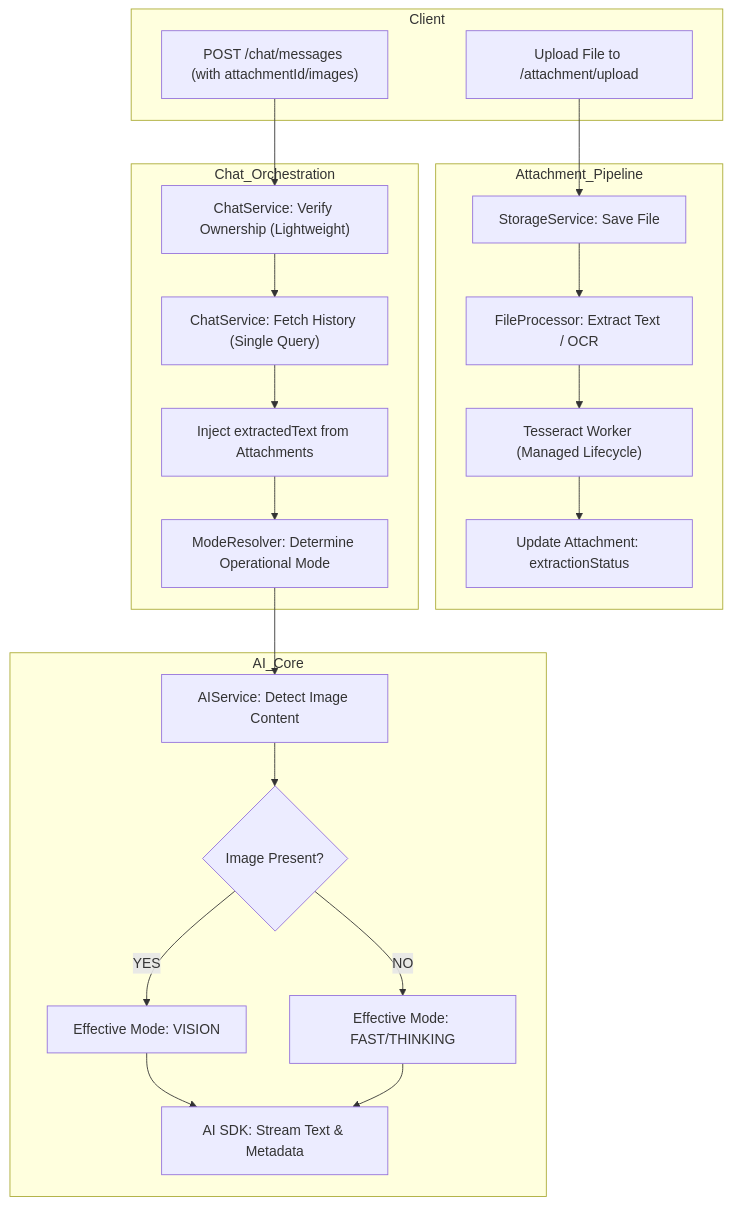
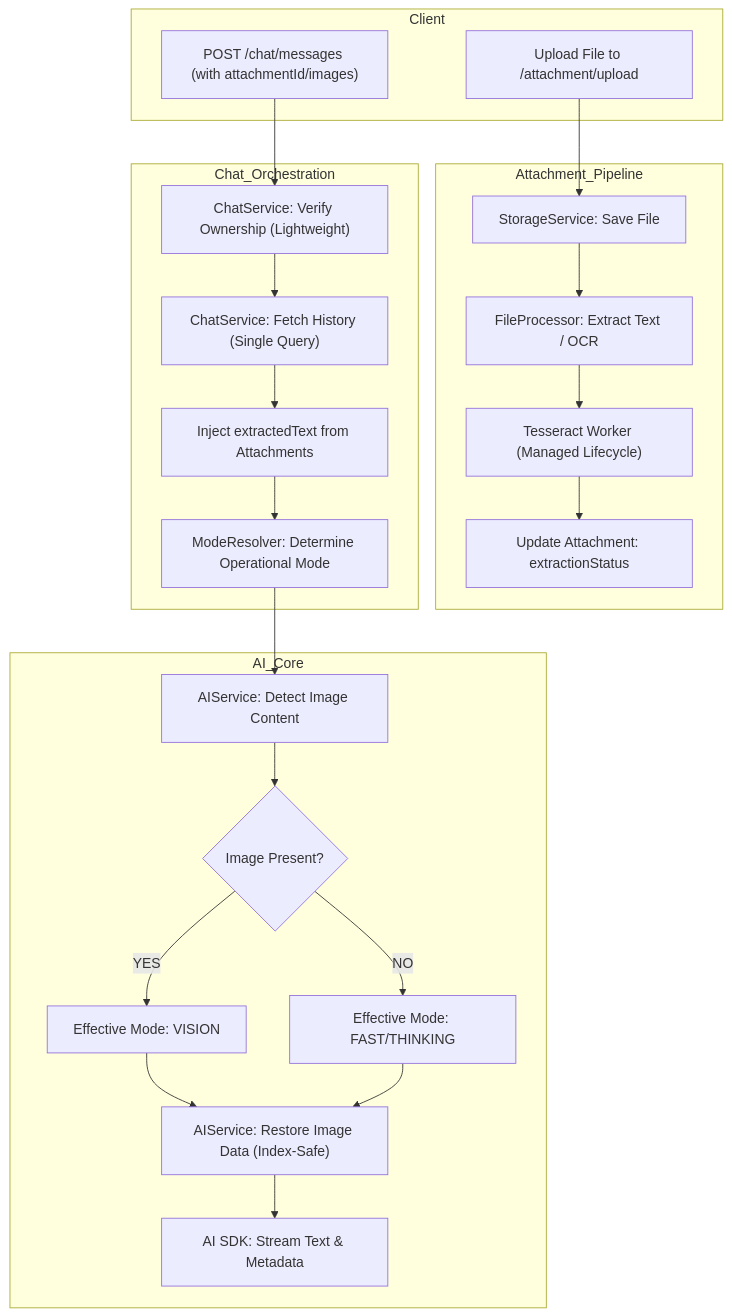
The diagram in architectures/ARCHITECTURE_CURRENT.md (Kashif-Rezwi/better-dev-api), drawn with Mermaid before and after one commit. The commit also changed other lines of this file and 1 other file, not shown here.

Commit message:
fix: Implement critical image restoration logic in AI service to preserve user message images during transformation, addressing index mismatch issues and ensuring accurate model input.

````diff
--- a/architectures/ARCHITECTURE_CURRENT.md
+++ b/architectures/ARCHITECTURE_CURRENT.md
@@ -60,40 +66,42 @@
 ```mermaid
 graph TD
     subgraph Client
         Upload["Upload File to /attachment/upload"]
         ChatReq["POST /chat/messages (with attachmentId/images)"]
     end
 
     subgraph Attachment_Pipeline
         Store["StorageService: Save File"]
         Process["FileProcessor: Extract Text / OCR"]
         Worker["Tesseract Worker (Managed Lifecycle)"]
         UpdateDB["Update Attachment: extractionStatus"]
     end
 
     subgraph Chat_Orchestration
         Verify["ChatService: Verify Ownership (Lightweight)"]
         Fetch["ChatService: Fetch History (Single Query)"]
         Context["Inject extractedText from Attachments"]
         Resolve["ModeResolver: Determine Operational Mode"]
     end
 
     subgraph AI_Core
         Detect["AIService: Detect Image Content"]
         Switch{"Image Present?"}
         Vision["Effective Mode: VISION"]
         Text["Effective Mode: FAST/THINKING"]
+        Restore["AIService: Restore Image Data (Index-Safe)"]
         Stream["AI SDK: Stream Text & Metadata"]
     end
 
     Upload --> Store --> Process --> Worker --> UpdateDB
     
     ChatReq --> Verify --> Fetch --> Context --> Resolve --> Detect
     
     Detect --> Switch
     Switch -- YES --> Vision
     Switch -- NO --> Text
     
-    Vision --> Stream
-    Text --> Stream
+    Vision --> Restore
+    Text --> Restore
+    Restore --> Stream
 ```
````
